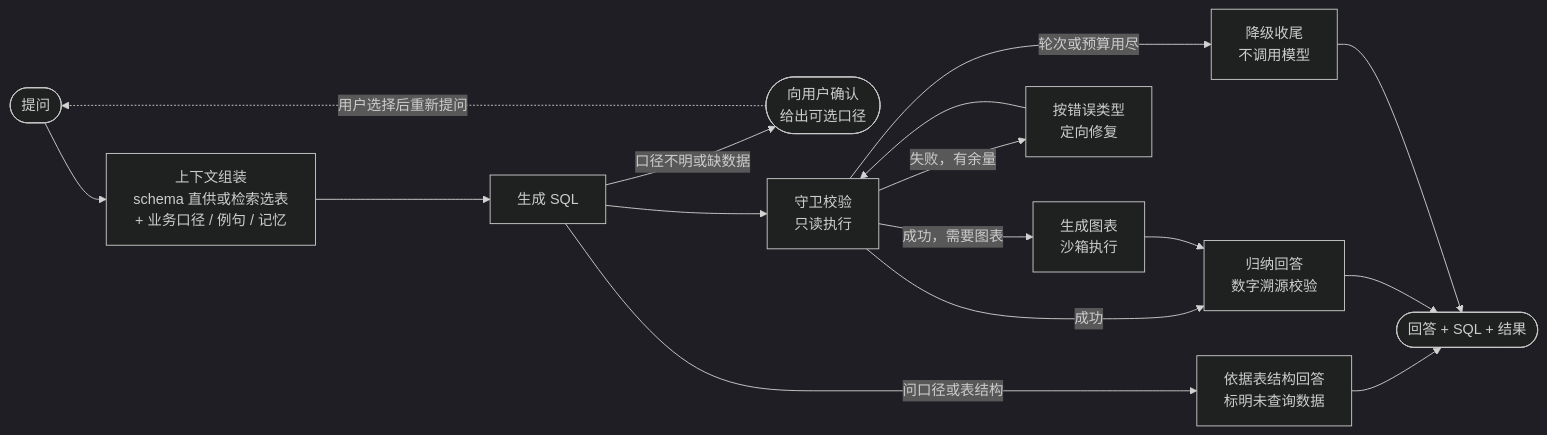
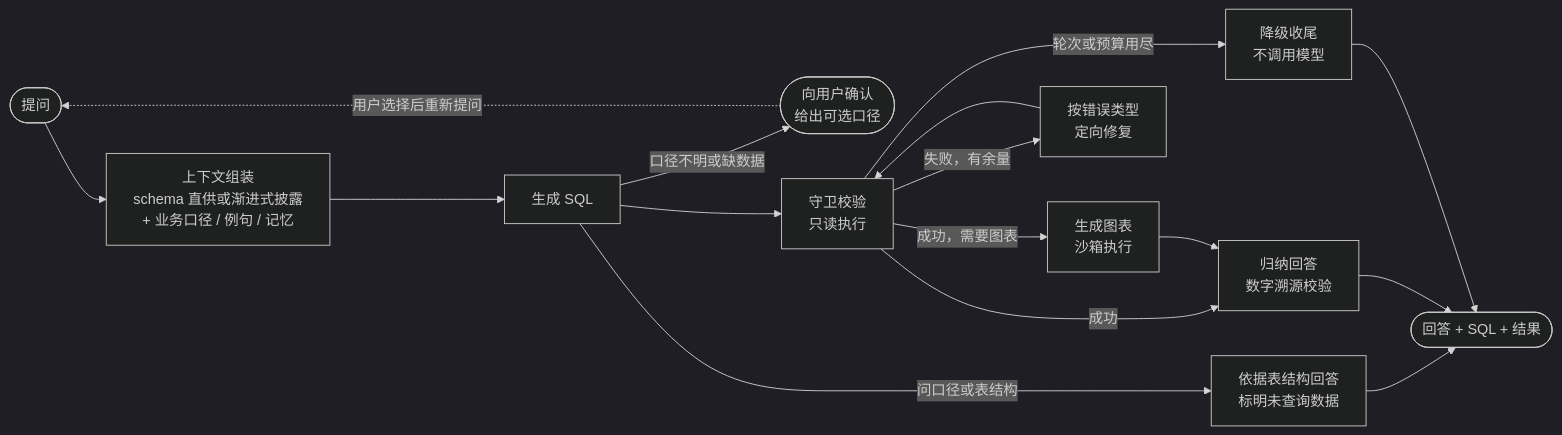
The diagram in README.md (BlackMeovv/DeepQuery), drawn with Mermaid (dark theme) before and after one commit. The commit also changed other lines of this file and 16 other files, not shown here.

````diff
--- a/README.md
+++ b/README.md
@@ -135,18 +135,18 @@
 ```mermaid
 flowchart LR
-    Q([提问]) --> CTX["上下文组装<br/>schema 直供或检索选表<br/>+ 业务口径 / 例句 / 记忆"]
+    Q([提问]) --> CTX["上下文组装<br/>schema 直供或渐进式披露<br/>+ 业务口径 / 例句 / 记忆"]
     CTX --> GEN[生成 SQL]
     GEN -- 口径不明或缺数据 --> ASK(["向用户确认<br/>给出可选口径"])
     ASK -. 用户选择后重新提问 .-> Q
     GEN -- 问口径或表结构 --> META["依据表结构回答<br/>标明未查询数据"]
     META --> OUT
     GEN --> EXE["守卫校验<br/>只读执行"]
     EXE -- 成功 --> SUM["归纳回答<br/>数字溯源校验"]
     EXE -- 成功，需要图表 --> CH["生成图表<br/>沙箱执行"]
     CH --> SUM
     EXE -- 失败，有余量 --> REP["按错误类型<br/>定向修复"]
     REP --> EXE
     EXE -- 轮次或预算用尽 --> FB["降级收尾<br/>不调用模型"]
     SUM --> OUT([回答 + SQL + 结果])
     FB --> OUT
 ```
````
